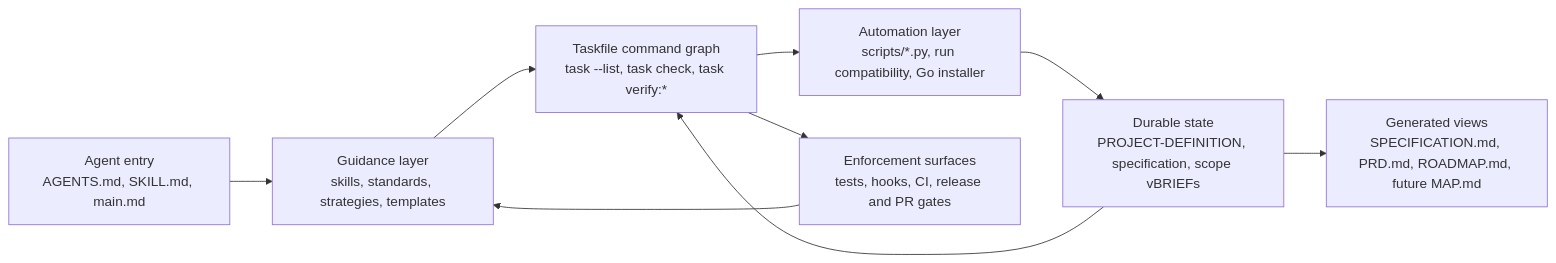
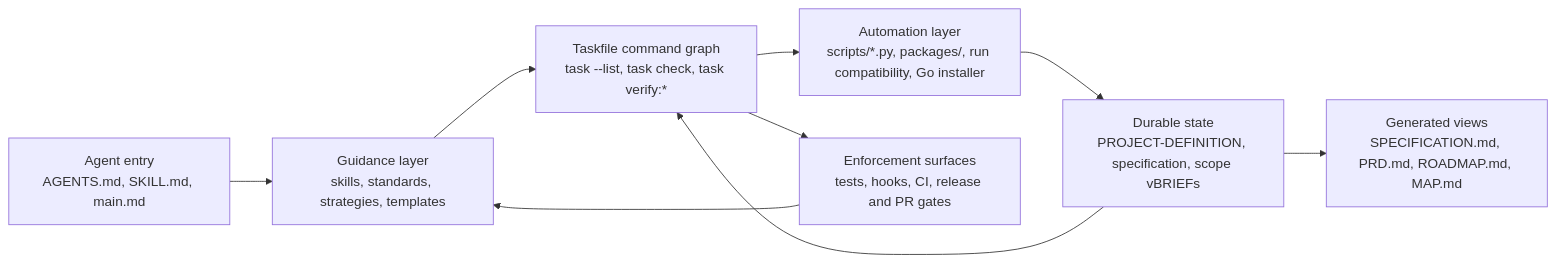
The first of 6 diagrams in docs/ARCHITECTURE.md (dbcall2/directive), drawn with Mermaid before and after one commit. The commit also changed other lines of this file and 37 other files, not shown here.

````diff
--- a/docs/ARCHITECTURE.md
+++ b/docs/ARCHITECTURE.md
@@ -27,11 +27,11 @@
 ```mermaid
 flowchart LR
     A["Agent entry<br/>AGENTS.md, SKILL.md, main.md"] --> B["Guidance layer<br/>skills, standards, strategies, templates"]
     B --> C["Taskfile command graph<br/>task --list, task check, task verify:*"]
-    C --> D["Automation layer<br/>scripts/*.py, run compatibility, Go installer"]
+    C --> D["Automation layer<br/>scripts/*.py, packages/, run compatibility, Go installer"]
     D --> E["Durable state<br/>PROJECT-DEFINITION, specification, scope vBRIEFs"]
-    E --> F["Generated views<br/>SPECIFICATION.md, PRD.md, ROADMAP.md, future MAP.md"]
+    E --> F["Generated views<br/>SPECIFICATION.md, PRD.md, ROADMAP.md, MAP.md"]
     E --> C
     C --> G["Enforcement surfaces<br/>tests, hooks, CI, release and PR gates"]
     G --> B
 ```
````
